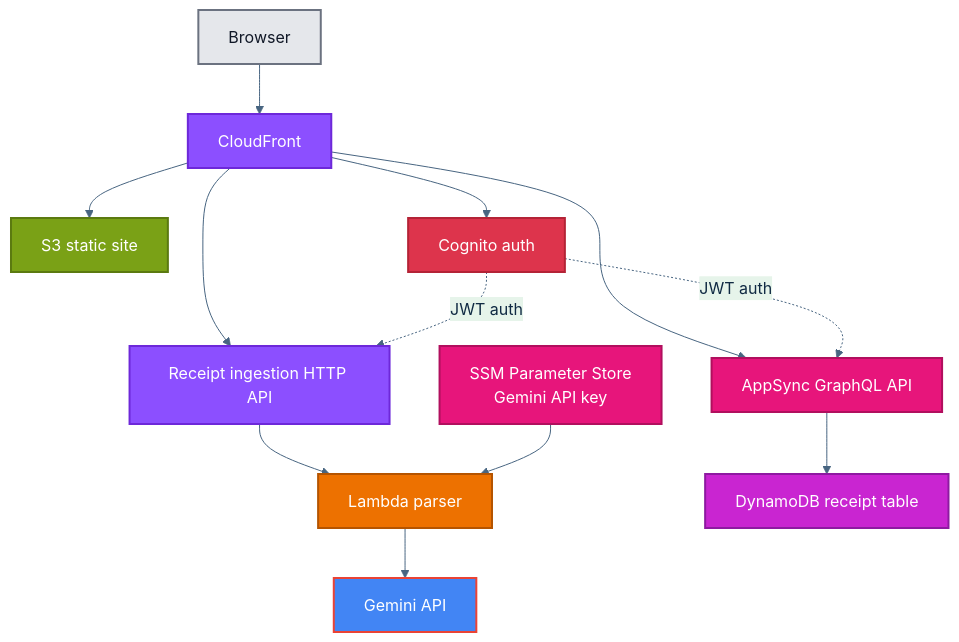
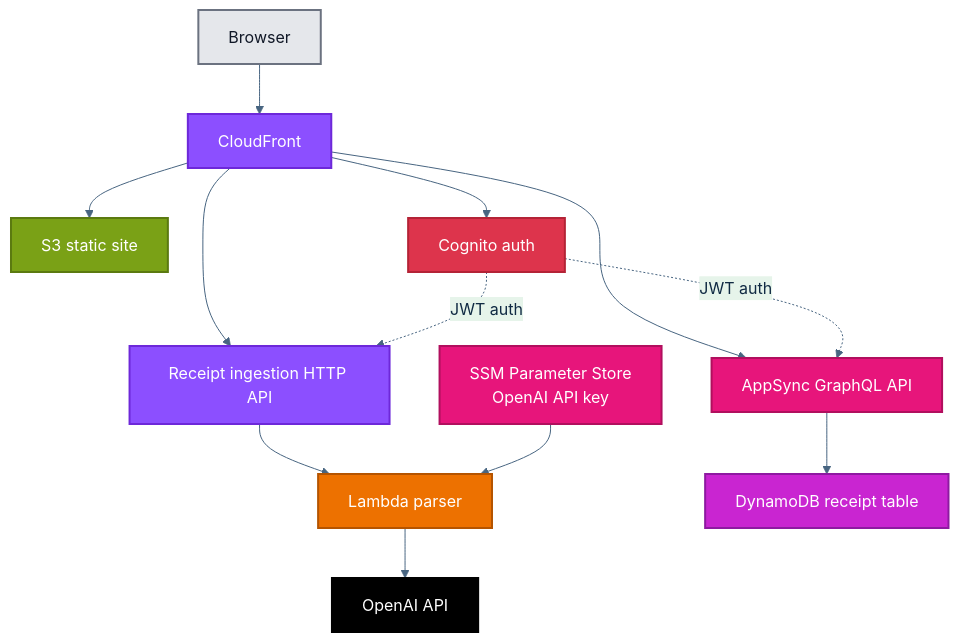
The diagram in README.md (reiganarmstrong/check-split-mono), drawn with Mermaid before and after one commit. The commit also changed other lines of this file and 21 other files, not shown here.

````diff
--- a/README.md
+++ b/README.md
@@ -26,47 +26,47 @@
 ```mermaid
 ---
 config:
   theme: base
   themeVariables:
     primaryColor: "#D9EAFD"
     primaryTextColor: "#102A43"
     primaryBorderColor: "#2F6690"
     lineColor: "#486581"
     secondaryColor: "#E6F4EA"
     tertiaryColor: "#FFF4CC"
 ---
 flowchart TB
   U["Browser"] --> CF["CloudFront"]
   CF --> S3["S3 static site"]
   CF --> C["Cognito auth"]
   CF --> G["AppSync GraphQL API"]
   CF --> H["Receipt ingestion HTTP API"]
   C -. "JWT auth" .-> G
   C -. "JWT auth" .-> H
   H --> L["Lambda parser"]
-  S["SSM Parameter Store<br/>Gemini API key"] --> L
-  L --> M["Gemini API"]
+  S["SSM Parameter Store<br/>OpenAI API key"] --> L
+  L --> M["OpenAI API"]
   G --> D["DynamoDB receipt table"]
 
   classDef client fill:#E5E7EB,stroke:#6B7280,color:#111827,stroke-width:2px;
   classDef cloudfront fill:#8C4FFF,stroke:#6D28D9,color:#FFFFFF,stroke-width:2px;
   classDef s3 fill:#7AA116,stroke:#5B7A10,color:#FFFFFF,stroke-width:2px;
   classDef cognito fill:#DD344C,stroke:#B42336,color:#FFFFFF,stroke-width:2px;
   classDef appsync fill:#E7157B,stroke:#B10F5E,color:#FFFFFF,stroke-width:2px;
   classDef apiGateway fill:#8C4FFF,stroke:#6D28D9,color:#FFFFFF,stroke-width:2px;
   classDef lambda fill:#ED7100,stroke:#B55400,color:#FFFFFF,stroke-width:2px;
   classDef ssm fill:#E7157B,stroke:#B10F5E,color:#FFFFFF,stroke-width:2px;
   classDef dynamodb fill:#C925D1,stroke:#8E1AA1,color:#FFFFFF,stroke-width:2px;
-  classDef gemini fill:#4285F4,stroke:#EA4335,color:#FFFFFF,stroke-width:2px;
+  classDef openai fill:#000000,stroke:#000000,color:#FFFFFF,stroke-width:2px;
 
   class U client;
   class CF cloudfront;
   class S3 s3;
   class C cognito;
   class G appsync;
   class H apiGateway;
   class L lambda;
   class S ssm;
   class D dynamodb;
-  class M gemini;
+  class M openai;
 ```
````
